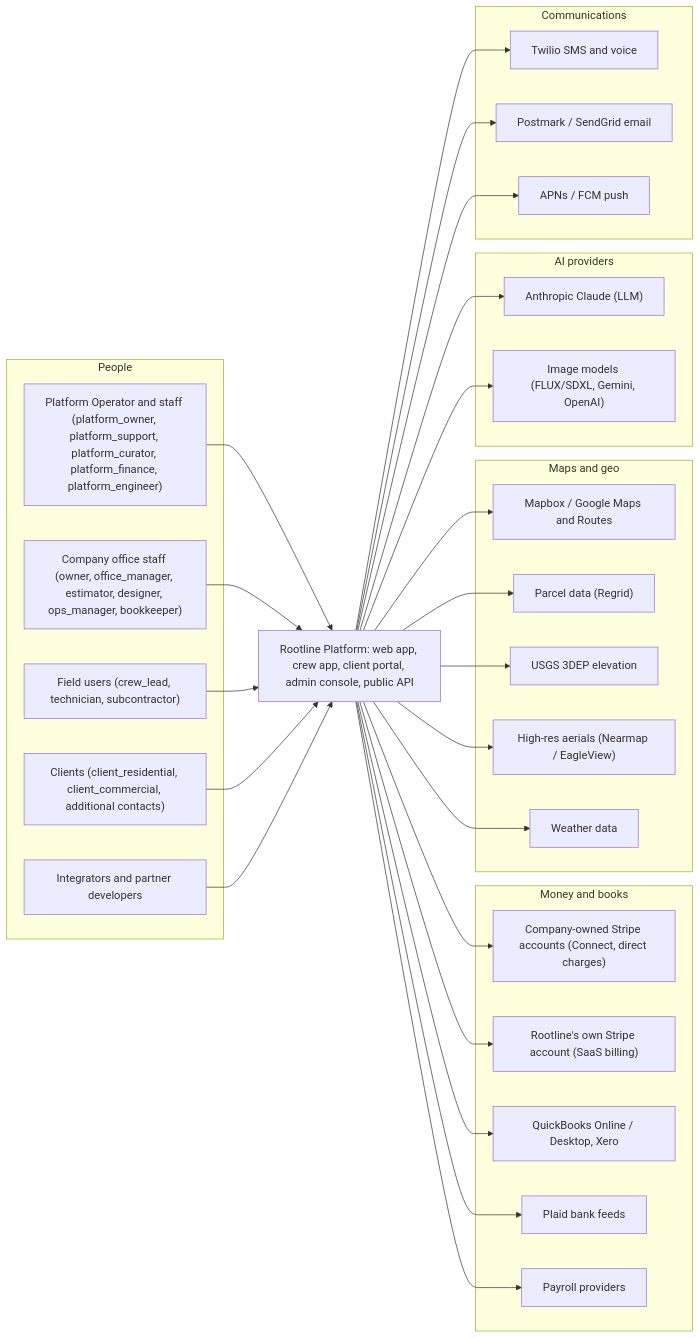
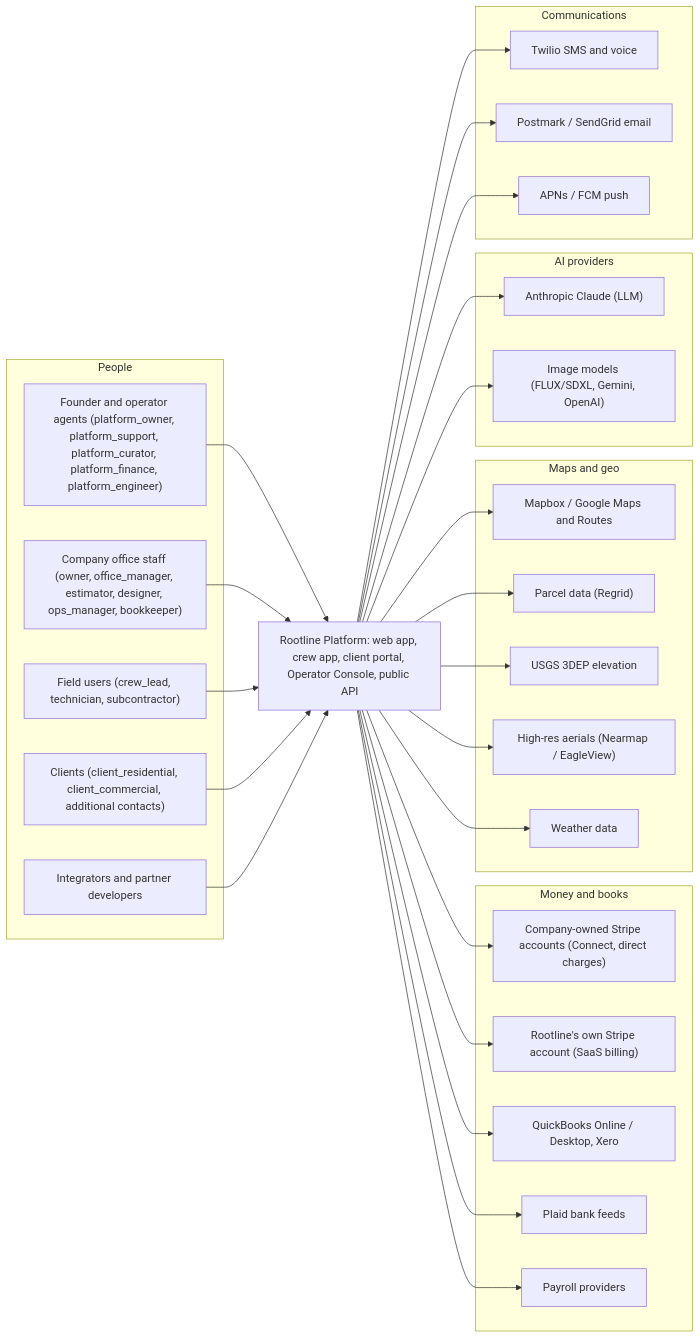
Before and after one commit to jdinard/landscape: the first of 13 diagrams in docs/20-architecture-security.md, drawn with Mermaid. The commit also changed other lines of this file and 10 other files, not shown here.

````diff
--- a/docs/20-architecture-security.md
+++ b/docs/20-architecture-security.md
@@ -151,60 +151,60 @@
 ```mermaid
 flowchart LR
   subgraph People["People"]
-    PO["Platform Operator and staff (platform_owner, platform_support, platform_curator, platform_finance, platform_engineer)"]
+    PO["Founder and operator agents (platform_owner, platform_support, platform_curator, platform_finance, platform_engineer)"]
     STAFF["Company office staff (owner, office_manager, estimator, designer, ops_manager, bookkeeper)"]
     FIELD["Field users (crew_lead, technician, subcontractor)"]
     CLIENTS["Clients (client_residential, client_commercial, additional contacts)"]
     DEVS["Integrators and partner developers"]
   end
 
-  RL["Rootline Platform: web app, crew app, client portal, admin console, public API"]
+  RL["Rootline Platform: web app, crew app, client portal, Operator Console, public API"]
 
   subgraph Money["Money and books"]
     STRC["Company-owned Stripe accounts (Connect, direct charges)"]
     STRP["Rootline's own Stripe account (SaaS billing)"]
     ACCT["QuickBooks Online / Desktop, Xero"]
     BANK["Plaid bank feeds"]
     PAY["Payroll providers"]
   end
 
   subgraph Geo["Maps and geo"]
     MAPS["Mapbox / Google Maps and Routes"]
     PARCEL["Parcel data (Regrid)"]
     ELEV["USGS 3DEP elevation"]
     AERIAL["High-res aerials (Nearmap / EagleView)"]
     WX["Weather data"]
   end
 
   subgraph AIx["AI providers"]
     LLM["Anthropic Claude (LLM)"]
     IMG["Image models (FLUX/SDXL, Gemini, OpenAI)"]
   end
 
   subgraph Comms["Communications"]
     TW["Twilio SMS and voice"]
     EM["Postmark / SendGrid email"]
     PUSH["APNs / FCM push"]
   end
 
   PO --> RL
   STAFF --> RL
   FIELD --> RL
   CLIENTS --> RL
   DEVS --> RL
   RL --> STRC
   RL --> STRP
   RL --> ACCT
   RL --> BANK
   RL --> PAY
   RL --> MAPS
   RL --> PARCEL
   RL --> ELEV
   RL --> AERIAL
   RL --> WX
   RL --> LLM
   RL --> IMG
   RL --> TW
   RL --> EM
   RL --> PUSH
 ```
````
